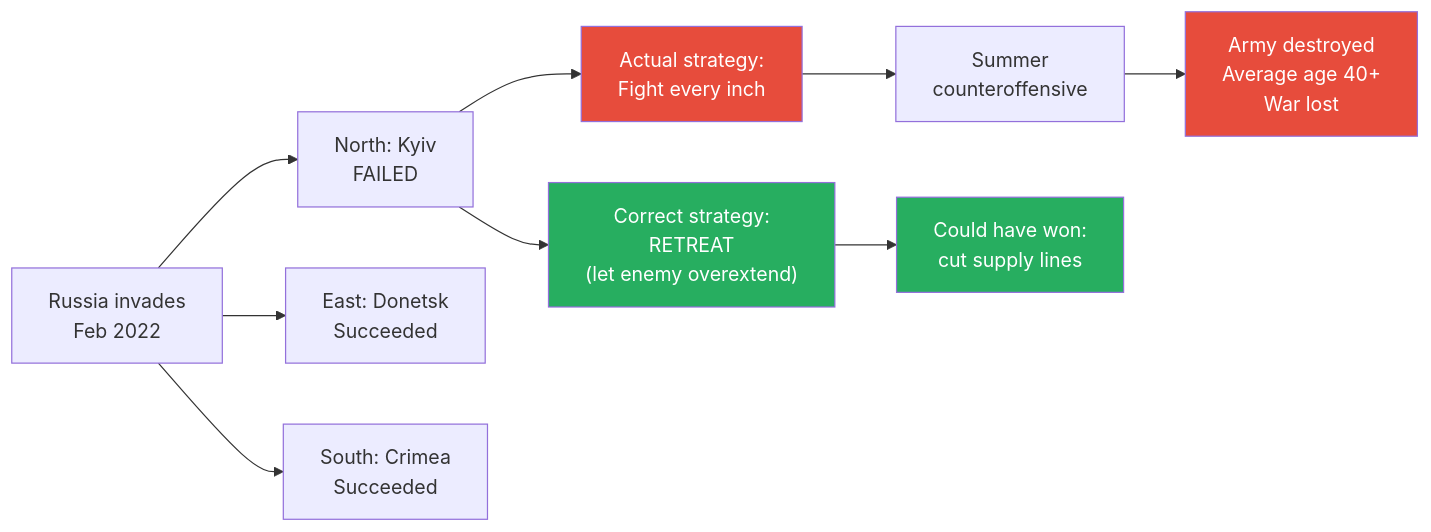
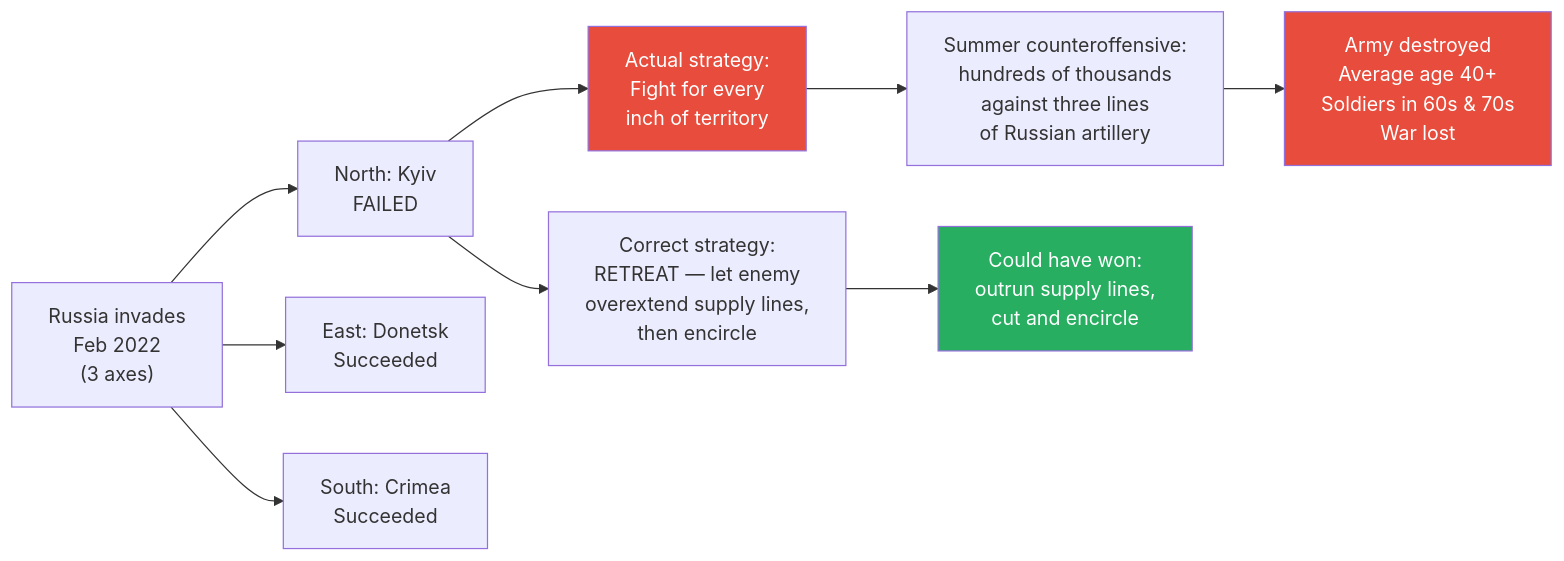
The eighth of 11 diagrams in summaries/Lectures/Geo-Strategy/08 - The Iran Trap.md (alius33/reader), drawn with Mermaid before and after one commit. The commit also changed other lines of this file and 26 other files, not shown here.

````diff
--- a/summaries/Lectures/Geo-Strategy/08 - The Iran Trap.md
+++ b/summaries/Lectures/Geo-Strategy/08 - The Iran Trap.md
@@ -509,16 +480,15 @@
 ```mermaid
 flowchart LR
-    R["Russia invades<br/>Feb 2022"]
+    R["Russia invades<br/>Feb 2022<br/>(3 axes)"]
     R --> N["North: Kyiv<br/>FAILED"]
     R --> E["East: Donetsk<br/>Succeeded"]
     R --> S["South: Crimea<br/>Succeeded"]
-    N --> C["Correct strategy:<br/>RETREAT<br/>(let enemy overextend)"]
-    N --> A["Actual strategy:<br/>Fight every inch"]
-    A --> CO["Summer<br/>counteroffensive"]
-    CO --> F["Army destroyed<br/>Average age 40+<br/>War lost"]
-    C --> W["Could have won:<br/>cut supply lines"]
+    N --> C["Correct strategy:<br/>RETREAT — let enemy<br/>overextend supply lines,<br/>then encircle"]
+    N --> A["Actual strategy:<br/>Fight for every<br/>inch of territory"]
+    A --> CO["Summer counteroffensive:<br/>hundreds of thousands<br/>against three lines<br/>of Russian artillery"]
+    CO --> F["Army destroyed<br/>Average age 40+<br/>Soldiers in 60s & 70s<br/>War lost"]
+    C --> W["Could have won:<br/>outrun supply lines,<br/>cut and encircle"]
     style F fill:#e74c3c,color:#fff
     style W fill:#27ae60,color:#fff
-    style C fill:#27ae60,color:#fff
     style A fill:#e74c3c,color:#fff
 ```
````
